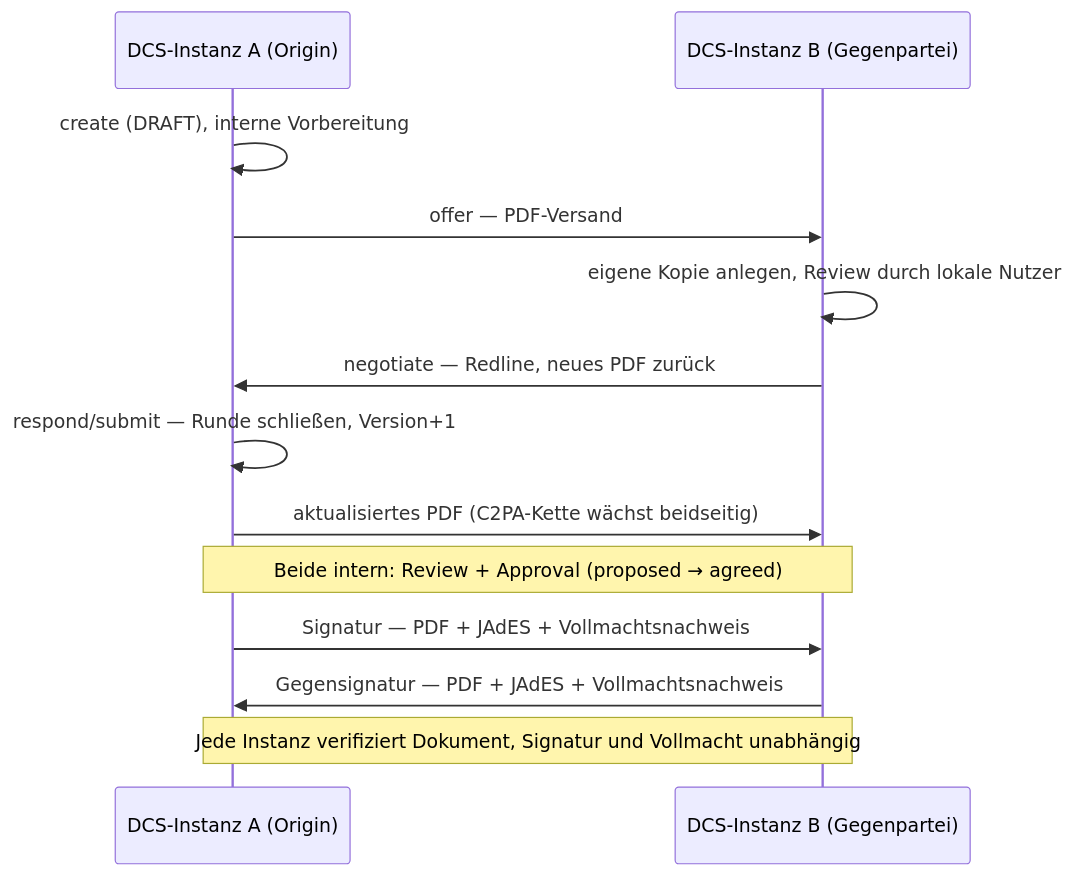
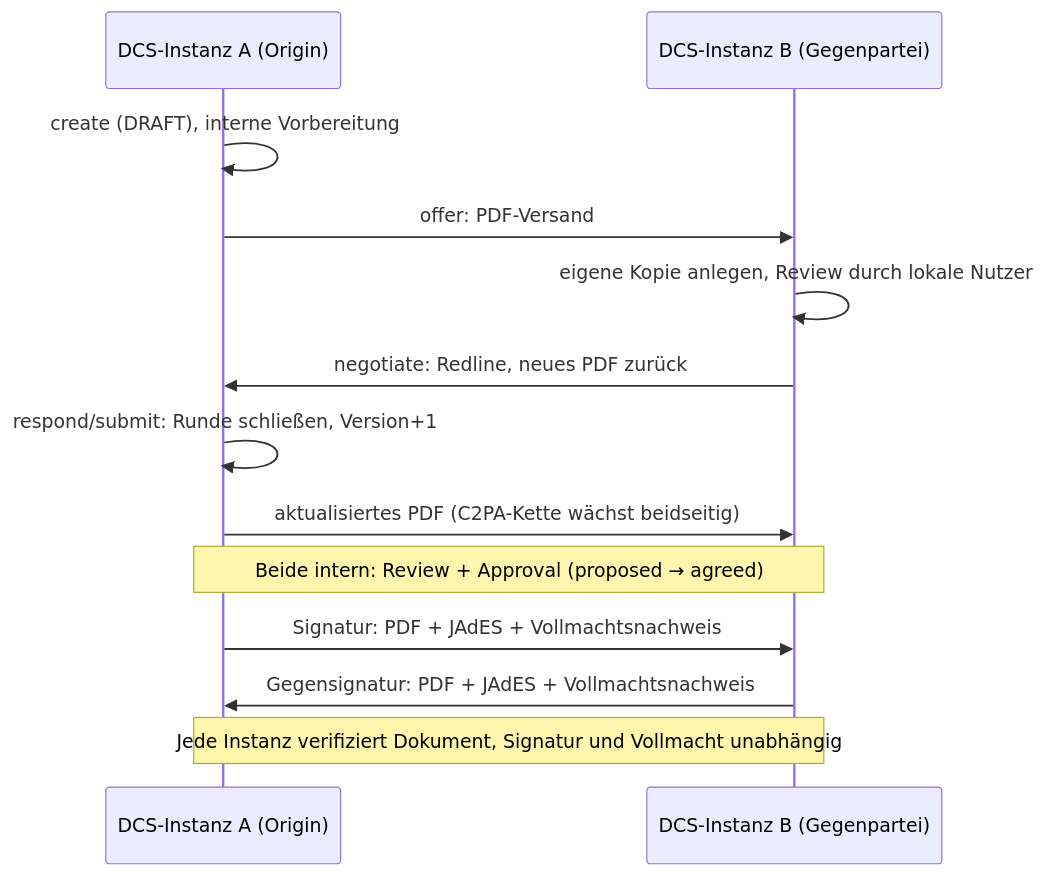
The third of 3 diagrams in docs/technical-manual/04-vertragslebenszyklus.md (arnemileswinter/facis-dcs), drawn with Mermaid before and after one commit. The commit also changed other lines of this file and 33 other files, not shown here.

````diff
--- a/docs/technical-manual/04-vertragslebenszyklus.md
+++ b/docs/technical-manual/04-vertragslebenszyklus.md
@@ -248,15 +251,15 @@
 ```mermaid
 sequenceDiagram
     participant A as DCS-Instanz A (Origin)
     participant B as DCS-Instanz B (Gegenpartei)
     A->>A: create (DRAFT), interne Vorbereitung
-    A->>B: offer — PDF-Versand
+    A->>B: offer: PDF-Versand
     B->>B: eigene Kopie anlegen, Review durch lokale Nutzer
-    B->>A: negotiate — Redline, neues PDF zurück
-    A->>A: respond/submit — Runde schließen, Version+1
+    B->>A: negotiate: Redline, neues PDF zurück
+    A->>A: respond/submit: Runde schließen, Version+1
     A->>B: aktualisiertes PDF (C2PA-Kette wächst beidseitig)
     Note over A,B: Beide intern: Review + Approval (proposed → agreed)
-    A->>B: Signatur — PDF + JAdES + Vollmachtsnachweis
-    B->>A: Gegensignatur — PDF + JAdES + Vollmachtsnachweis
+    A->>B: Signatur: PDF + JAdES + Vollmachtsnachweis
+    B->>A: Gegensignatur: PDF + JAdES + Vollmachtsnachweis
     Note over A,B: Jede Instanz verifiziert Dokument, Signatur und Vollmacht unabhängig
 ```
````
